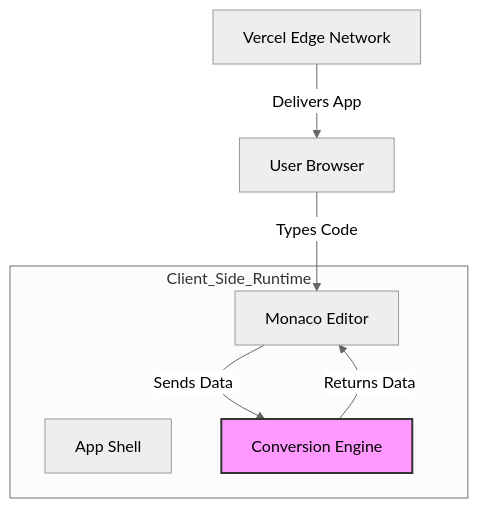
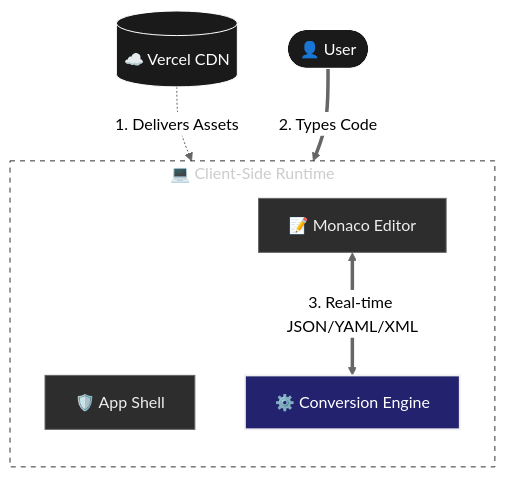
Before and after one commit to YashashavGoyal/datamorph: the diagram in README.md, drawn with Mermaid (neutral theme).

Commit message:
Improvise README.md

````diff
--- a/README.md
+++ b/README.md
@@ -20,18 +20,28 @@
 ```mermaid
-graph TD
-    User[User Browser]
-    CDN[Vercel Edge Network]
+flowchart TD
+    %% Nodes
+    User([👤 User])
+    CDN[("☁️ Vercel CDN")]
     
-    subgraph Client_Side_Runtime
-        Shell[App Shell]
-        Editor[Monaco Editor]
-        Engine[Conversion Engine]
+    subgraph Client ["💻 Client-Side Runtime"]
+        direction TB
+        Shell["🛡️ App Shell"]
+        Editor["📝 Monaco Editor"]
+        Engine["⚙️ Conversion Engine"]
     end
-    
-    CDN -->|Delivers App| User
-    User -->|Types Code| Editor
-    Editor -->|Sends Data| Engine
-    Engine -->|Returns Data| Editor
-    
-    style Engine fill:#f9f,stroke:#333,stroke-width:2px
+
+    %% Edges
+    CDN -.->|1. Delivers Assets| Shell
+    User ==>|2. Types Code| Editor
+    Editor <==>|3. Real-time JSON/YAML/XML| Engine
+
+    %% Styling
+    classDef plain fill:#1a1a1a,stroke:#fff,color:#fff;
+    classDef highlight fill:#22226e,stroke:#f2f0f0,stroke-width:2px,color:#fff;
+    classDef secondary fill:#2d2d2d,stroke:#666,color:#eee;
+
+    class User,CDN plain;
+    class Shell,Editor secondary;
+    class Engine highlight;
+    style Client fill:transparent,stroke:#333,color:#ccc,stroke-dasharray: 5 5
 ```
````
